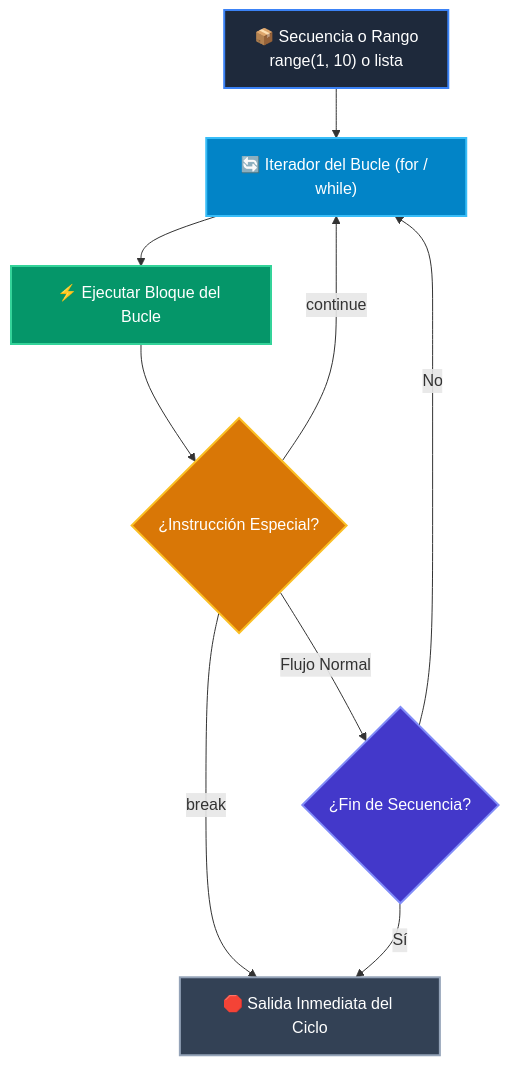
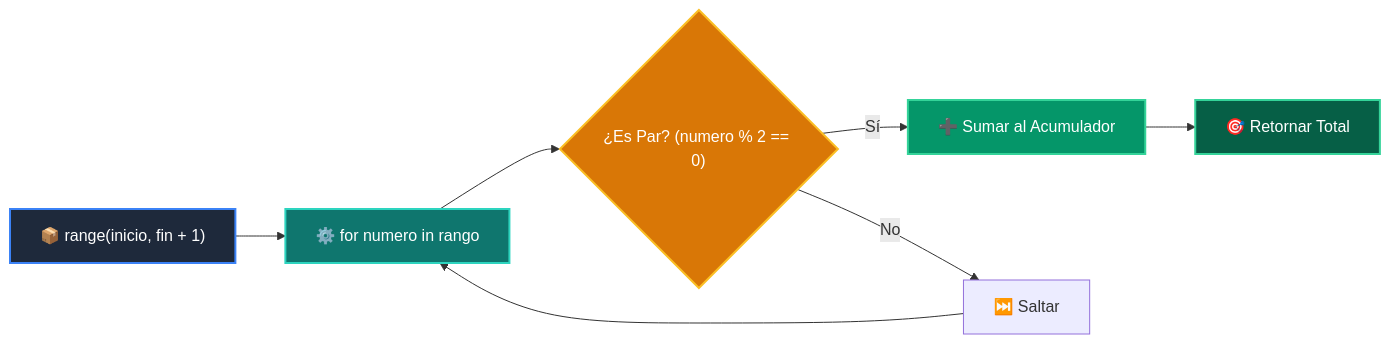
Before and after one commit to wisrovi/wisrovi-python: the diagram in docs/curso-01/clase-04.md, drawn with Mermaid. The commit also changed other lines of this file and 52 other files, not shown here.

````diff
--- a/docs/curso-01/clase-04.md
+++ b/docs/curso-01/clase-04.md
@@ -38,18 +37,14 @@
 ```mermaid
-flowchart TD
-    SEQ["📦 Secuencia o Rango<br/>range(1, 10) o lista"] --> ITER["🔄 Iterador del Bucle (for / while)"]
-    ITER --> BODY["⚡ Ejecutar Bloque del Bucle"]
-    BODY --> CTRL{"¿Instrucción Especial?"}
-    CTRL -->|continue| ITER
-    CTRL -->|break| EXIT["🛑 Salida Inmediata del Ciclo"]
-    CTRL -->|Flujo Normal| NEXT{"¿Fin de Secuencia?"}
-    NEXT -->|No| ITER
-    NEXT -->|Sí| EXIT
-
-    style SEQ fill:#1e293b,color:#ffffff,stroke:#3b82f6,stroke-width:2px
-    style ITER fill:#0284c7,color:#ffffff,stroke:#38bdf8,stroke-width:2px
-    style BODY fill:#059669,color:#ffffff,stroke:#34d399,stroke-width:2px
-    style CTRL fill:#d97706,color:#ffffff,stroke:#fbbf24,stroke-width:2px
-    style NEXT fill:#4338ca,color:#ffffff,stroke:#818cf8,stroke-width:2px
-    style EXIT fill:#334155,color:#ffffff,stroke:#94a3b8,stroke-width:2px
+flowchart LR
+    A["📦 range(inicio, fin + 1)"] --> B["⚙️ for numero in rango"]
+    B --> C{"¿Es Par? (numero % 2 == 0)"}
+    C -->|Sí| D["➕ Sumar al Acumulador"]
+    C -->|No| E["⏭️ Saltar"]
+    D --> F["🎯 Retornar Total"]
+    E --> B
+    style A fill:#1e293b,color:#ffffff,stroke:#3b82f6,stroke-width:2px
+    style B fill:#0f766e,color:#ffffff,stroke:#2dd4bf,stroke-width:2px
+    style C fill:#d97706,color:#ffffff,stroke:#fbbf24,stroke-width:2px
+    style D fill:#059669,color:#ffffff,stroke:#34d399,stroke-width:2px
+    style F fill:#065f46,color:#ffffff,stroke:#34d399,stroke-width:2px
 ```
````
